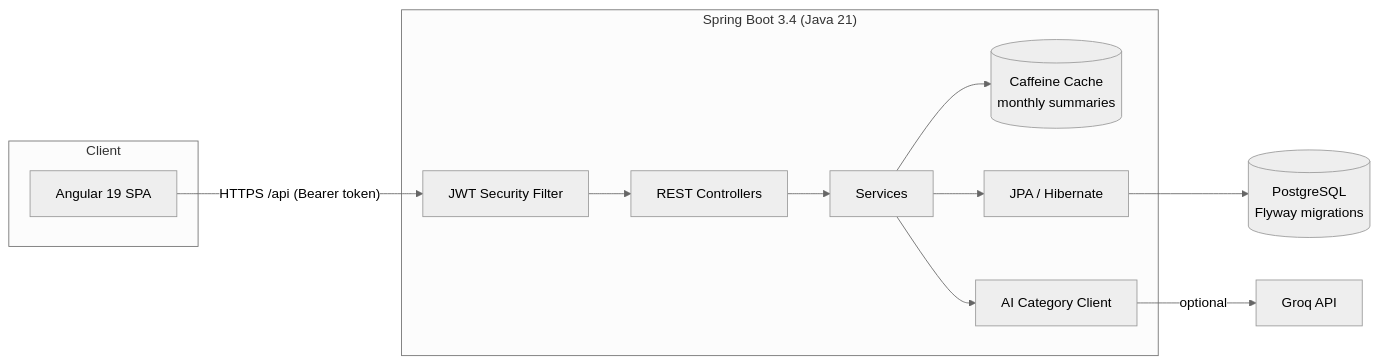
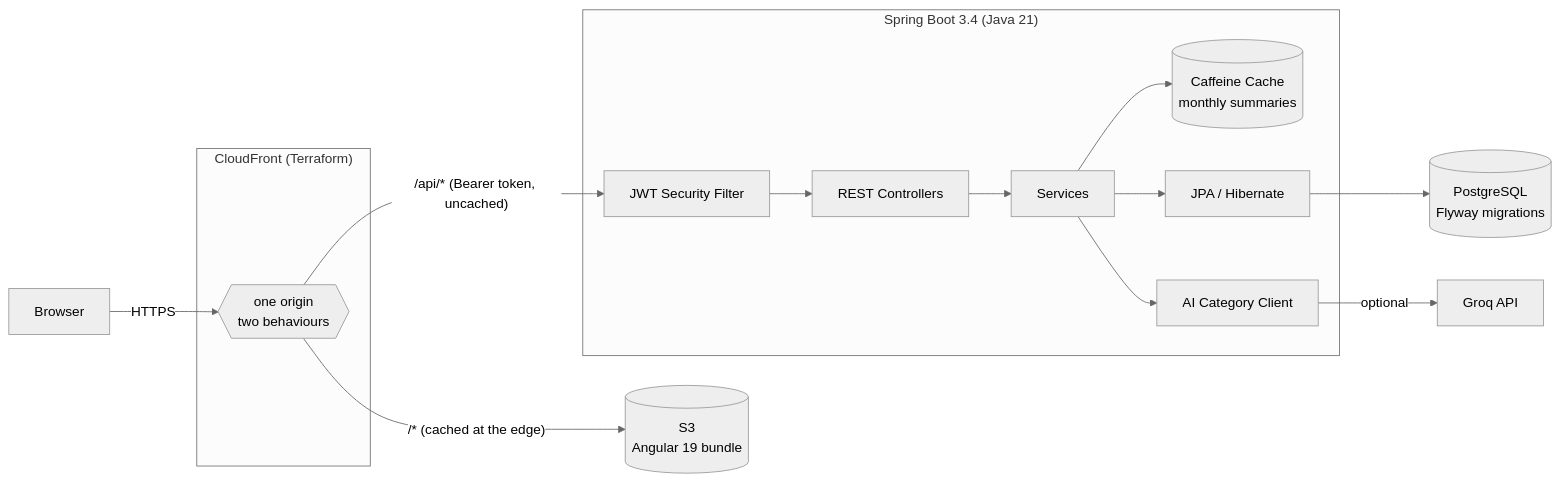
Before and after one commit to zaker1998/Spendly-Personal-Expense-Tracker: the diagram in README.md, drawn with Mermaid (neutral theme). The commit also changed other lines of this file and 14 other files, not shown here.

First line of the commit message:
feat: Add Terraform infrastructure for frontend deployment to S3 and CloudFront

````diff
--- a/README.md
+++ b/README.md
@@ -34,23 +34,29 @@
 ```mermaid
 flowchart LR
-    subgraph Client
-        NG[Angular 19 SPA]
+    BROWSER[Browser]
+
+    subgraph Edge["CloudFront (Terraform)"]
+        CF{{"one origin<br/>two behaviours"}}
     end
+
+    S3[(S3<br/>Angular 19 bundle)]
 
     subgraph Backend["Spring Boot 3.4 (Java 21)"]
         SEC[JWT Security Filter]
         API[REST Controllers]
         SVC[Services]
         CACHE[(Caffeine Cache<br/>monthly summaries)]
         AI[AI Category Client]
         JPA[JPA / Hibernate]
     end
 
     DB[(PostgreSQL<br/>Flyway migrations)]
     LLM[Groq API]
 
-    NG -->|"HTTPS /api (Bearer token)"| SEC --> API --> SVC
+    BROWSER -->|HTTPS| CF
+    CF -->|"/* (cached at the edge)"| S3
+    CF -->|"/api/* (Bearer token, uncached)"| SEC --> API --> SVC
     SVC --> CACHE
     SVC --> JPA --> DB
     SVC --> AI -->|optional| LLM
 ```
````
